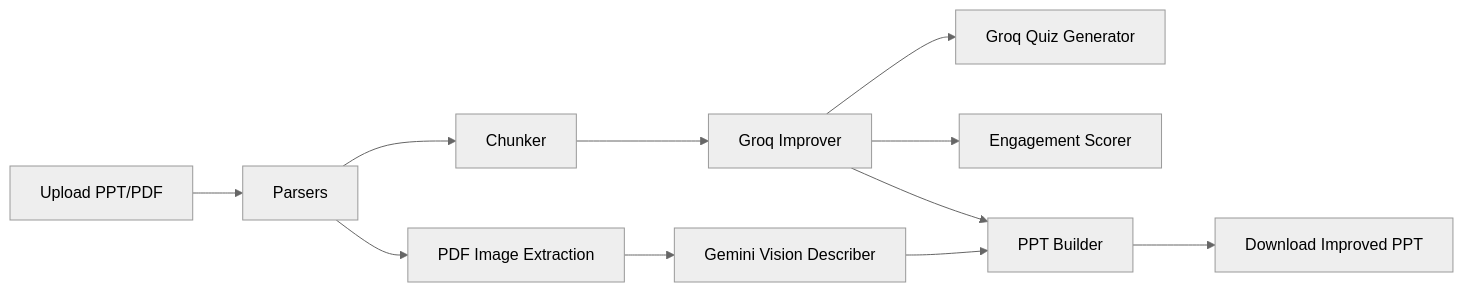
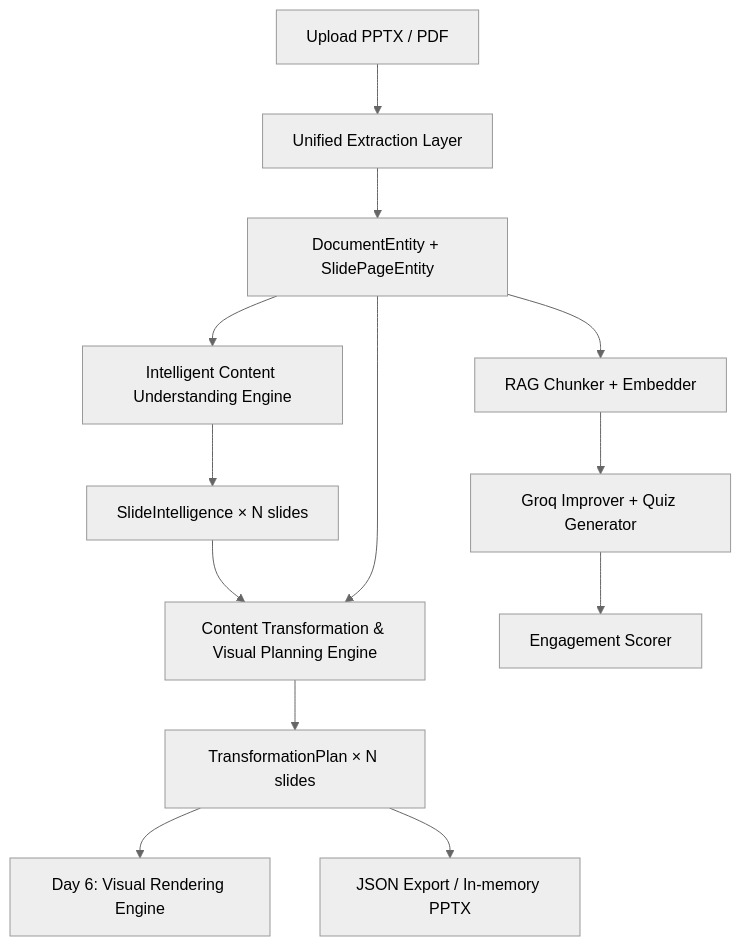
One commit to Kawal511/Learnova changed the diagram in README.md. Above: the diagram before and after it, drawn with Mermaid (neutral theme). The commit also changed other lines of this file and 6 other files, not shown here.

Commit message:
feat(transformation): Implement Day 5 Content Transformation and Visual Planning Engine

````diff
--- a/README.md
+++ b/README.md
@@ -159,13 +49,15 @@
 ```mermaid
-flowchart LR
-    U[Upload PPT/PDF] --> P[Parsers]
-    P --> C[Chunker]
-    P --> I[PDF Image Extraction]
-    C --> G1[Groq Improver]
-    G1 --> G2[Groq Quiz Generator]
-    G1 --> S[Engagement Scorer]
-    I --> V[Gemini Vision Describer]
-    G1 --> B[PPT Builder]
-    V --> B
-    B --> D[Download Improved PPT]
+flowchart TD
+    A[Upload PPTX / PDF] --> B[Unified Extraction Layer]
+    B --> C[DocumentEntity + SlidePageEntity]
+    C --> D[Intelligent Content Understanding Engine]
+    D --> E[SlideIntelligence × N slides]
+    E --> F[Content Transformation & Visual Planning Engine]
+    C --> F
+    F --> G[TransformationPlan × N slides]
+    G --> H[Day 6: Visual Rendering Engine]
+    C --> I[RAG Chunker + Embedder]
+    I --> J[Groq Improver + Quiz Generator]
+    J --> K[Engagement Scorer]
+    G --> L[JSON Export / In-memory PPTX]
 ```
````
